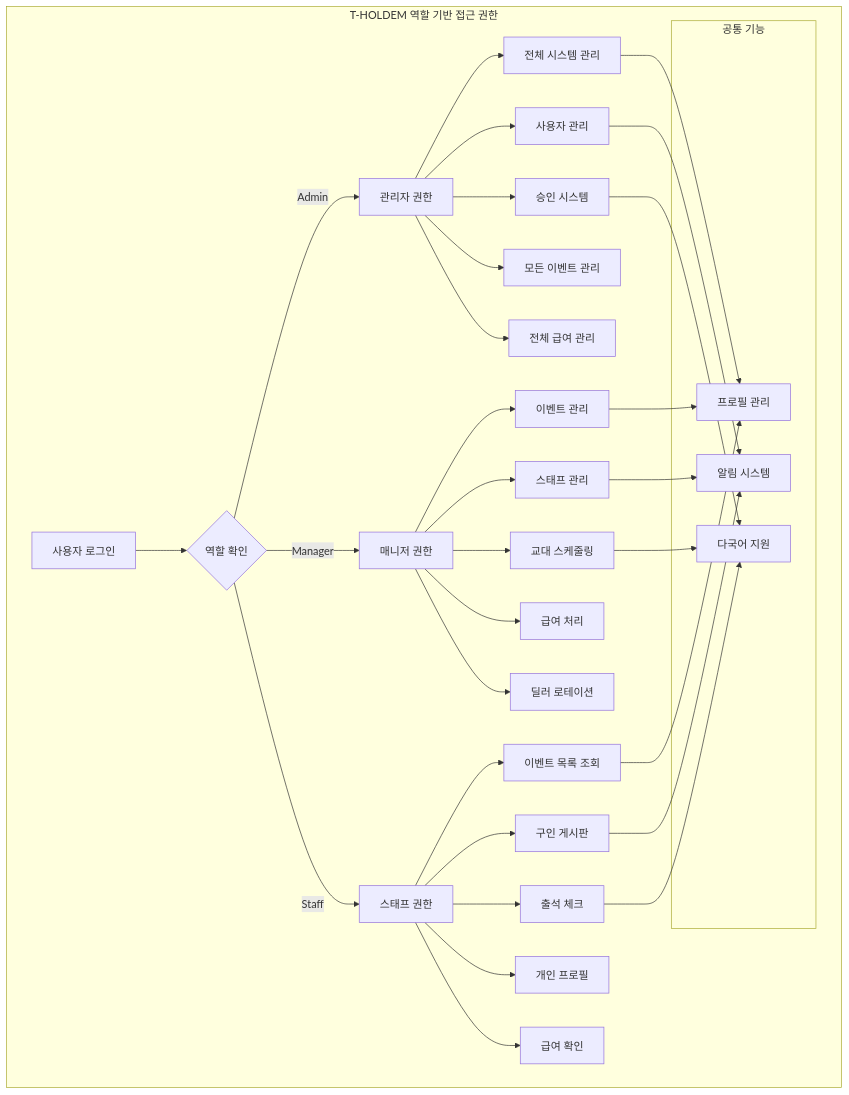
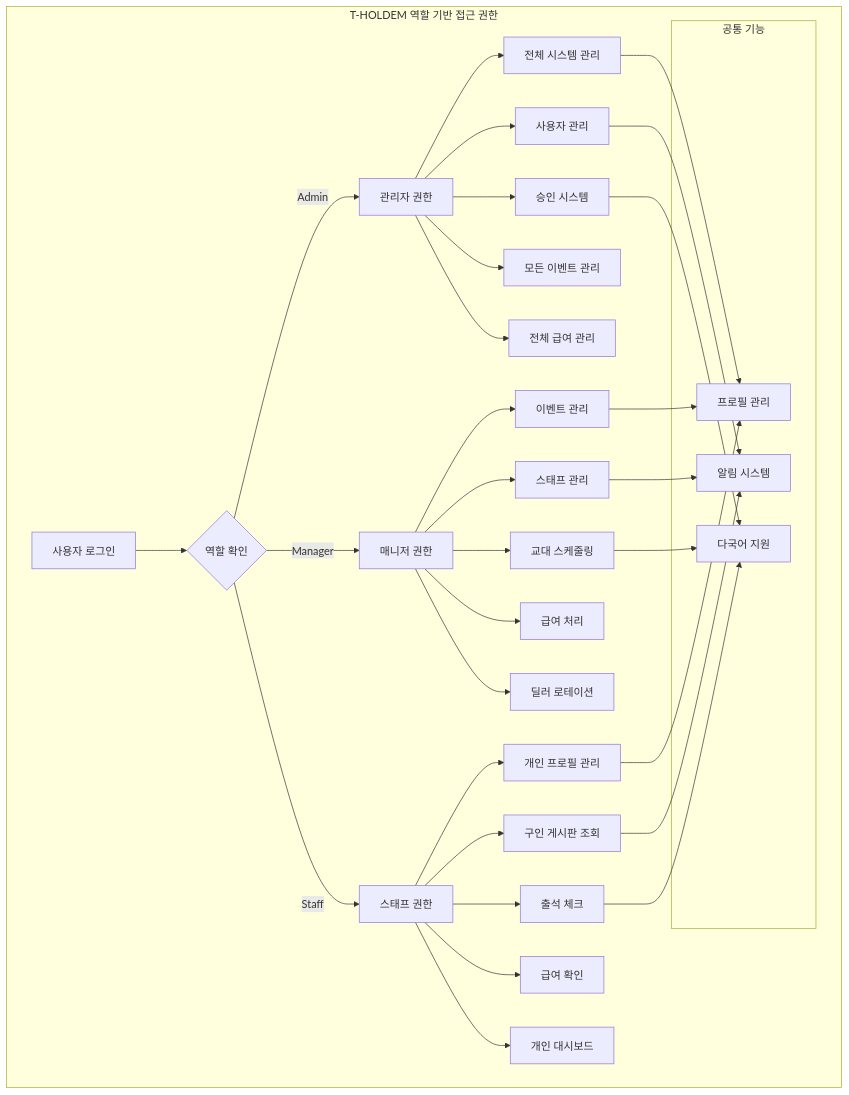
Before and after one commit to snosnosno/tholdem: the second of 3 diagrams in .cursor/rules/codebase-structure.mdc, drawn with Mermaid. The commit also changed other lines of this file and 10 other files, not shown here.

````diff
--- a/.cursor/rules/codebase-structure.mdc
+++ b/.cursor/rules/codebase-structure.mdc
@@ -104,46 +104,46 @@
 ```mermaid
 graph TB
     subgraph "T-HOLDEM 역할 기반 접근 권한"
         A[사용자 로그인] --> B{역할 확인}
         
         B -->|Admin| C[관리자 권한]
         B -->|Manager| D[매니저 권한]
         B -->|Staff| E[스태프 권한]
         
         C --> C1[전체 시스템 관리]
         C --> C2[사용자 관리]
         C --> C3[승인 시스템]
         C --> C4[모든 이벤트 관리]
         C --> C5[전체 급여 관리]
         
         D --> D1[이벤트 관리]
         D --> D2[스태프 관리]
         D --> D3[교대 스케줄링]
         D --> D4[급여 처리]
         D --> D5[딜러 로테이션]
         
-        E --> E1[이벤트 목록 조회]
-        E --> E2[구인 게시판]
+        E --> E1[개인 프로필 관리]
+        E --> E2[구인 게시판 조회]
         E --> E3[출석 체크]
-        E --> E4[개인 프로필]
-        E --> E5[급여 확인]
+        E --> E4[급여 확인]
+        E --> E5[개인 대시보드]
         
         subgraph "공통 기능"
             F[프로필 관리]
             G[알림 시스템]
             H[다국어 지원]
         end
         
         C1 --> F
         D1 --> F
         E1 --> F
         
         C2 --> G
         D2 --> G
         E2 --> G
         
         C3 --> H
         D3 --> H
         E3 --> H
     end
 ```
````
